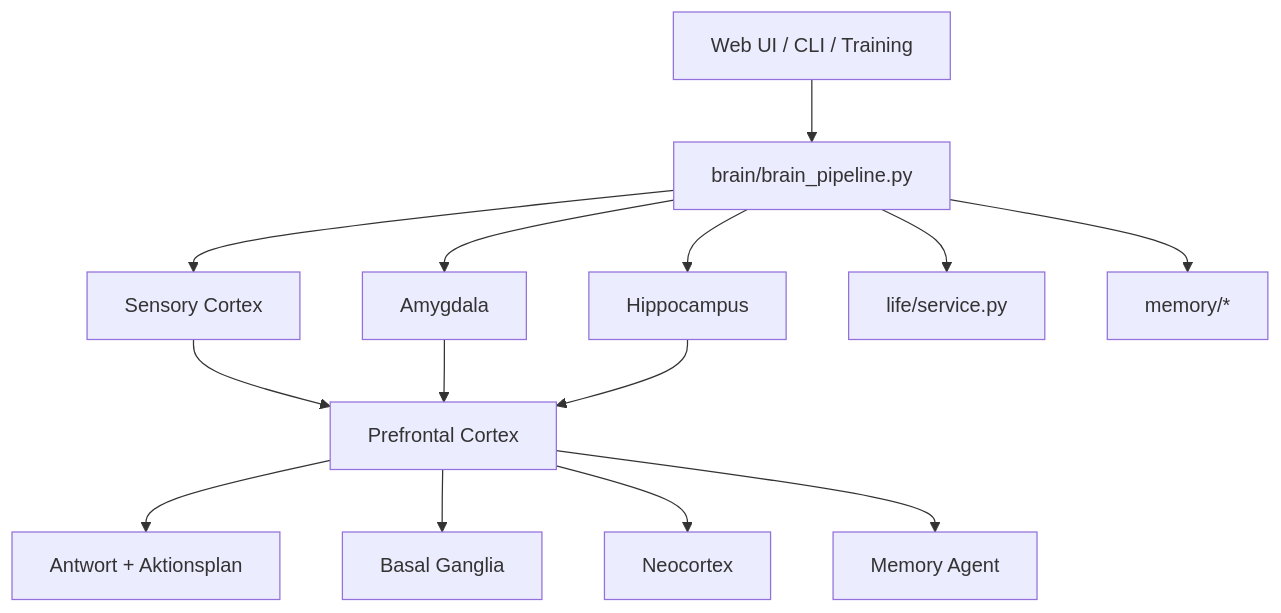
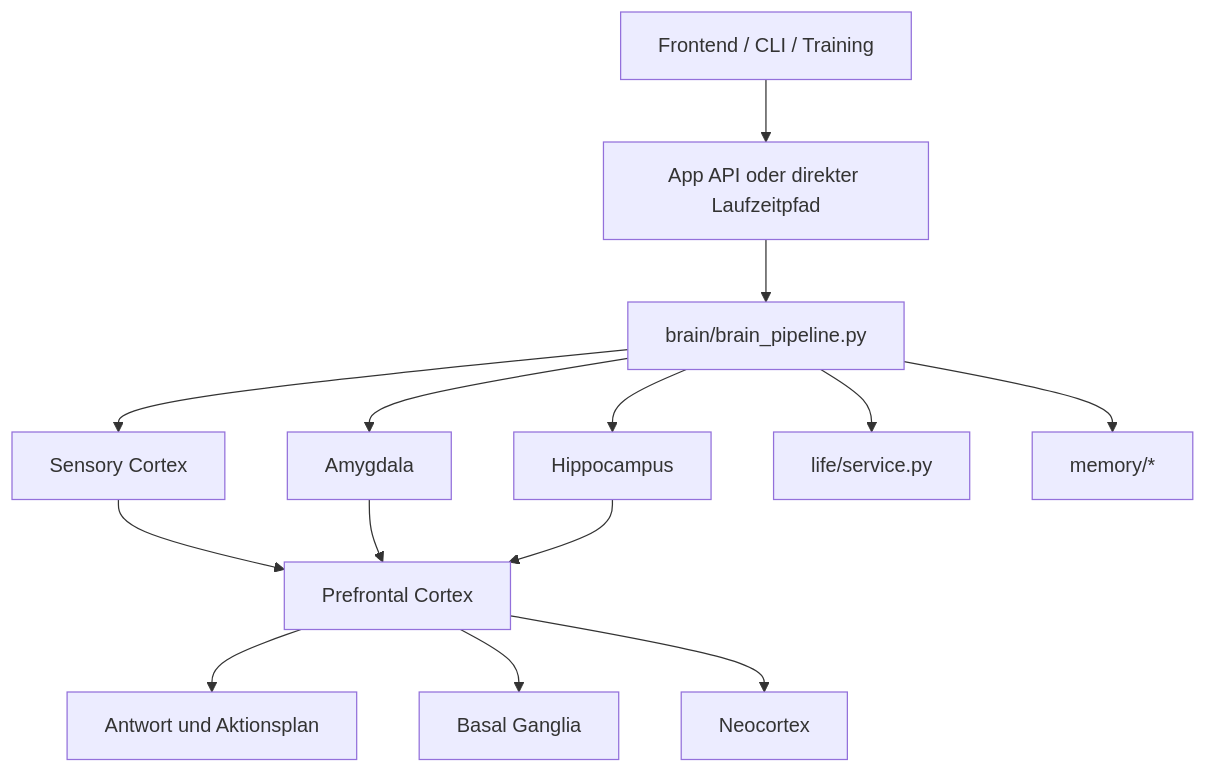
Before and after one commit to 017pixel/CHAPPiE: the diagram in docs/architecture.md, drawn with Mermaid. The commit also changed other lines of this file and 98 other files, not shown here.

````diff
--- a/docs/architecture.md
+++ b/docs/architecture.md
@@ -24,16 +9,16 @@
 ```mermaid
 flowchart TD
-    UI[Web UI / CLI / Training] --> PIPE[brain/brain_pipeline.py]
-    PIPE --> S[Sensory Cortex]
-    PIPE --> A[Amygdala]
-    PIPE --> H[Hippocampus]
-    S --> P[Prefrontal Cortex]
+    FE["Frontend / CLI / Training"] --> API["App API oder direkter Laufzeitpfad"]
+    API --> PIPE["brain/brain_pipeline.py"]
+    PIPE --> S["Sensory Cortex"]
+    PIPE --> A["Amygdala"]
+    PIPE --> H["Hippocampus"]
+    S --> P["Prefrontal Cortex"]
     A --> P
     H --> P
-    P --> OUT[Antwort + Aktionsplan]
-    P --> BG[Basal Ganglia]
-    P --> N[Neocortex]
-    P --> M[Memory Agent]
-    PIPE --> LIFE[life/service.py]
-    PIPE --> MEM[memory/*]
+    P --> OUT["Antwort und Aktionsplan"]
+    P --> BG["Basal Ganglia"]
+    P --> N["Neocortex"]
+    PIPE --> LIFE["life/service.py"]
+    PIPE --> MEM["memory/*"]
 ```
````
